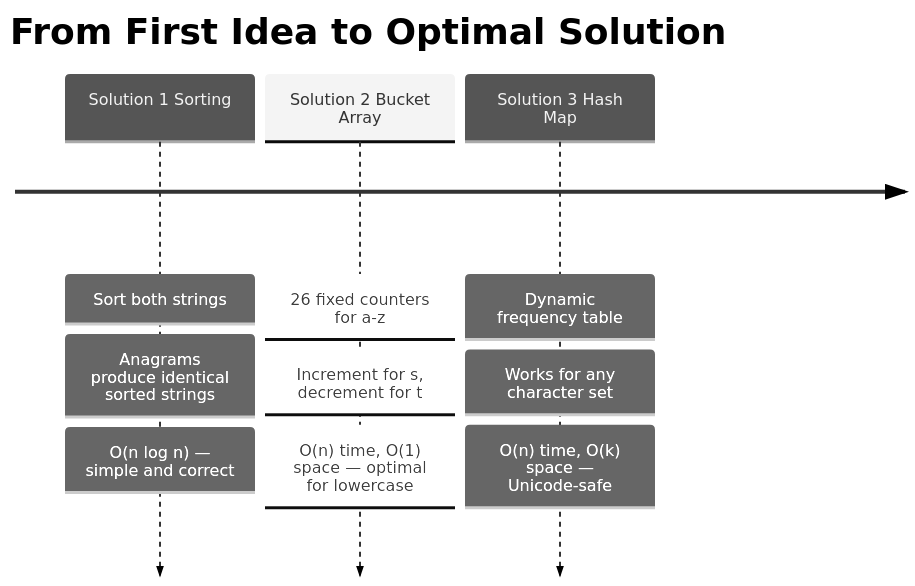
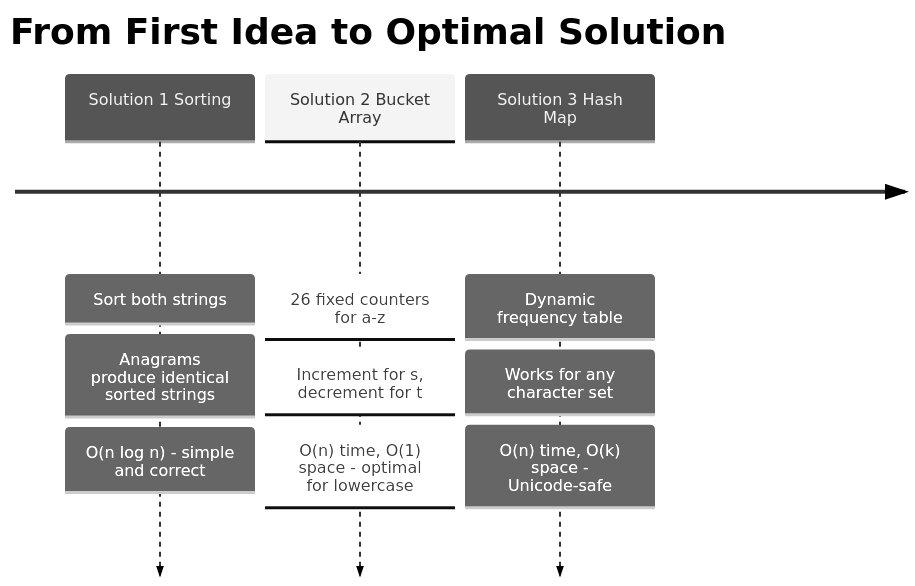
One commit to M-F-Tushar/LeetCode-Problem-Solving changed the fourth of 15 diagrams in 03 - Valid Anagram/README.md. Above: the diagram before and after it, drawn with Mermaid (neutral theme). The commit also changed other lines of this file and 6 other files, not shown here.

Commit message:
fix diagram rendering

````diff
--- a/03 - Valid Anagram/README.md
+++ b/03 - Valid Anagram/README.md
@@ -109,19 +109,19 @@
 ```mermaid
 timeline
     title From First Idea to Optimal Solution
 
     Solution 1 Sorting
         : Sort both strings
         : Anagrams produce identical sorted strings
-        : O(n log n) — simple and correct
+        : O(n log n)  -  simple and correct
 
     Solution 2 Bucket Array
         : 26 fixed counters for a-z
         : Increment for s, decrement for t
-        : O(n) time, O(1) space — optimal for lowercase
+        : O(n) time, O(1) space  -  optimal for lowercase
 
     Solution 3 Hash Map
         : Dynamic frequency table
         : Works for any character set
-        : O(n) time, O(k) space — Unicode-safe
+        : O(n) time, O(k) space  -  Unicode-safe
 ```
````
